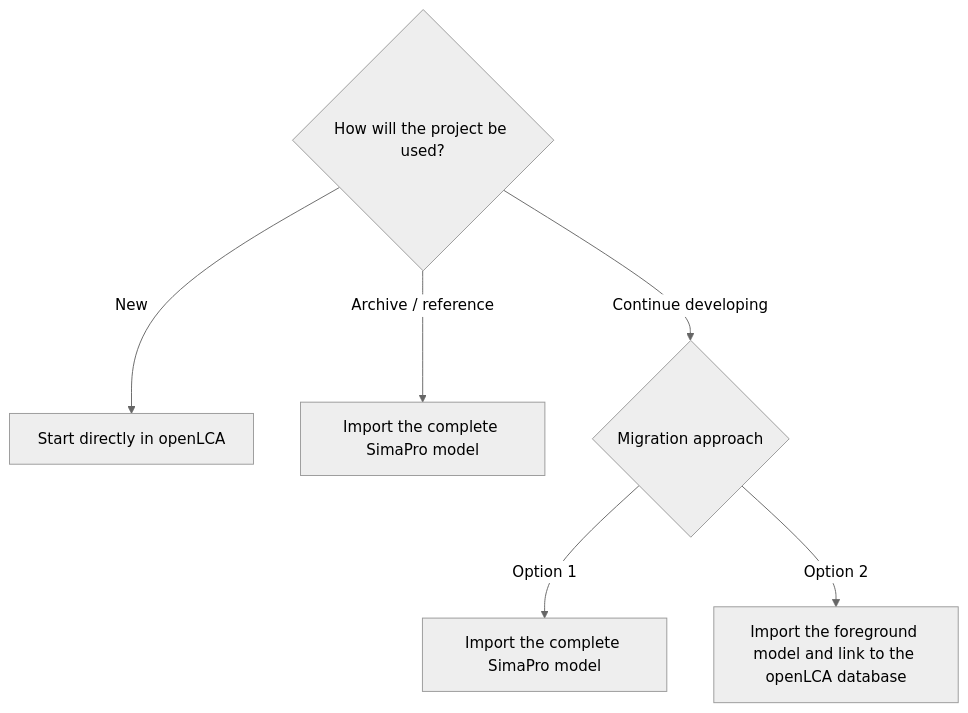
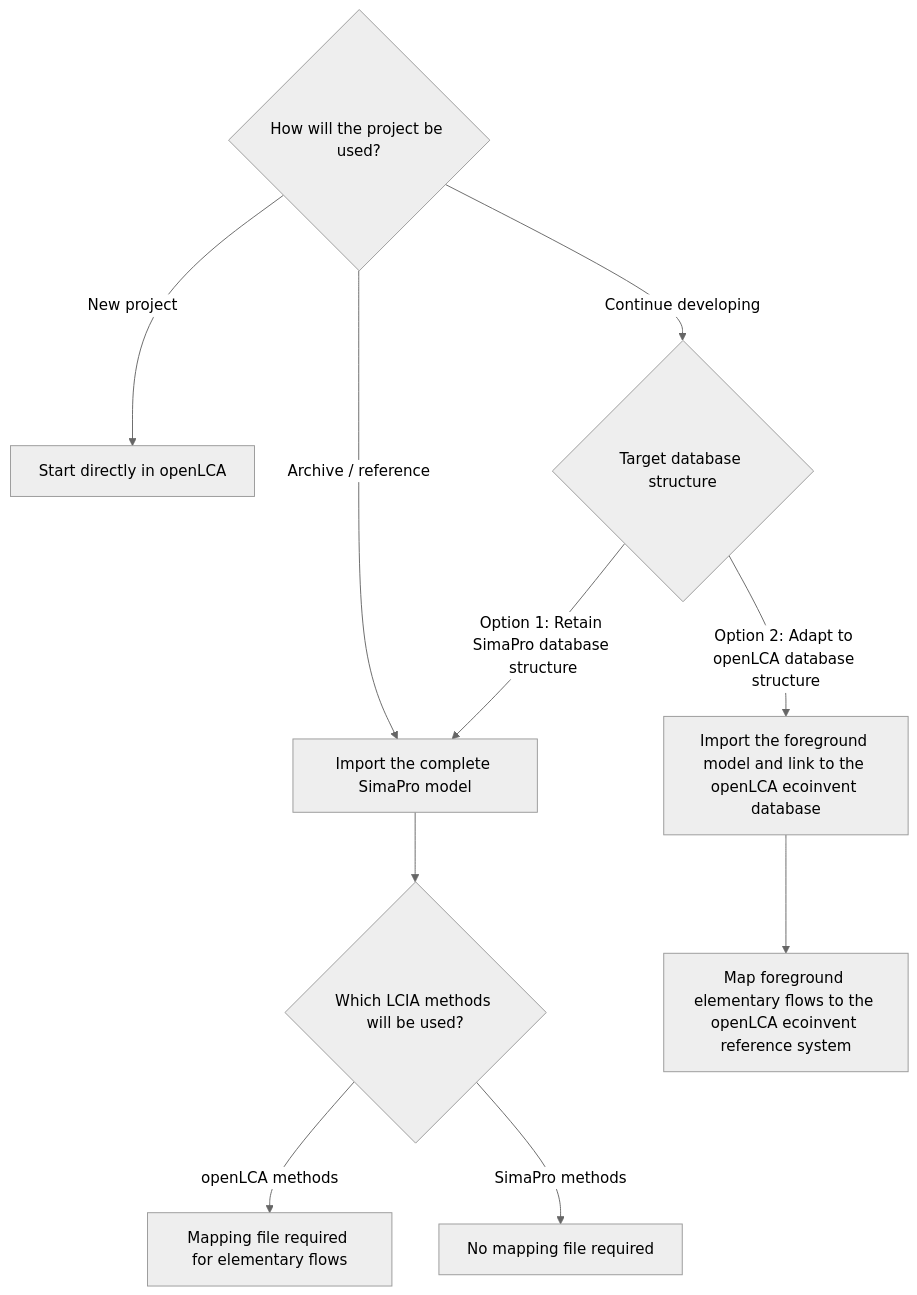
Before and after one commit to GreenDelta/openLCA2-manual: the diagram in src/migrating_other_software.md, drawn with Mermaid (neutral theme).

Commit message:
Update migrating_other_software.md
updated decision diagram

````diff
--- a/src/migrating_other_software.md
+++ b/src/migrating_other_software.md
@@ -30,11 +30,18 @@
 ```mermaid
 flowchart TD
     A{"How will the project be used?"}
 
-    A -->|New| B["Start directly in openLCA"]
+    A -->|New project| B["Start directly in openLCA"]
     A -->|Archive / reference| C["Import the complete SimaPro model"]
-    A -->|Continue developing| D{"Migration approach"}
+    A -->|Continue developing| D{"Target database structure"}
 
-    D -->|Option 1| E["Import the complete SimaPro model"]
-    D -->|Option 2| F["Import the foreground model and link to the openLCA database"]
+    D -->|Option 1: Retain SimaPro database structure| C
+    D -->|Option 2: Adapt to openLCA database structure| E["Import the foreground model and link to the openLCA ecoinvent database"]
+
+    C --> F{"Which LCIA methods will be used?"}
+
+    F -->|openLCA methods| G["Mapping file required for elementary flows"]
+    F -->|SimaPro methods| H["No mapping file required"]
+
+    E --> I["Map foreground elementary flows to the openLCA ecoinvent reference system"]
 ```
````
